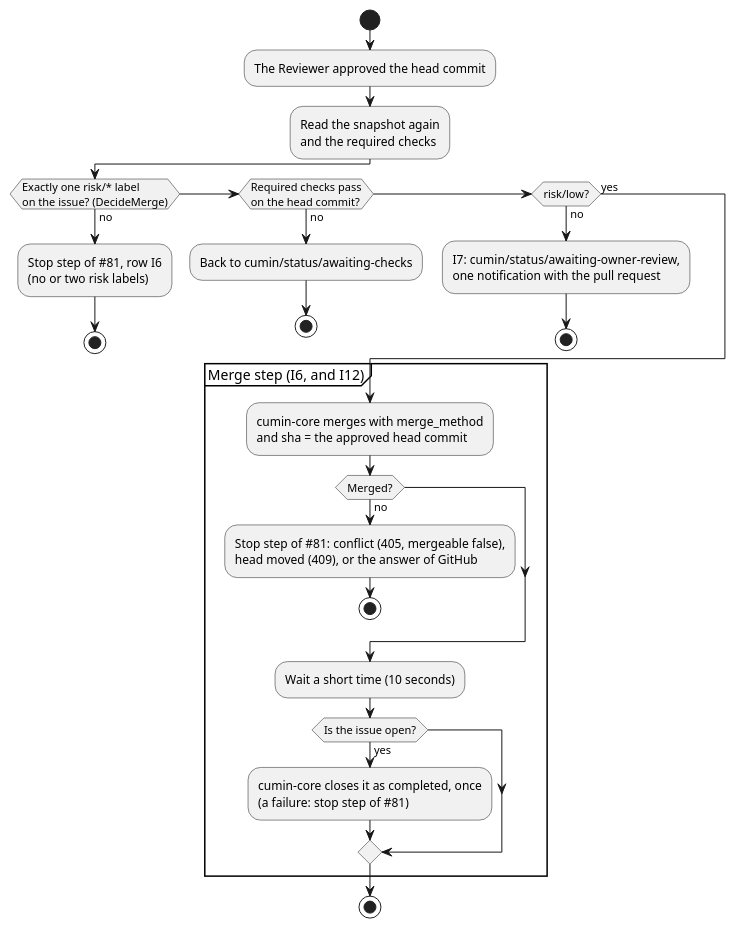
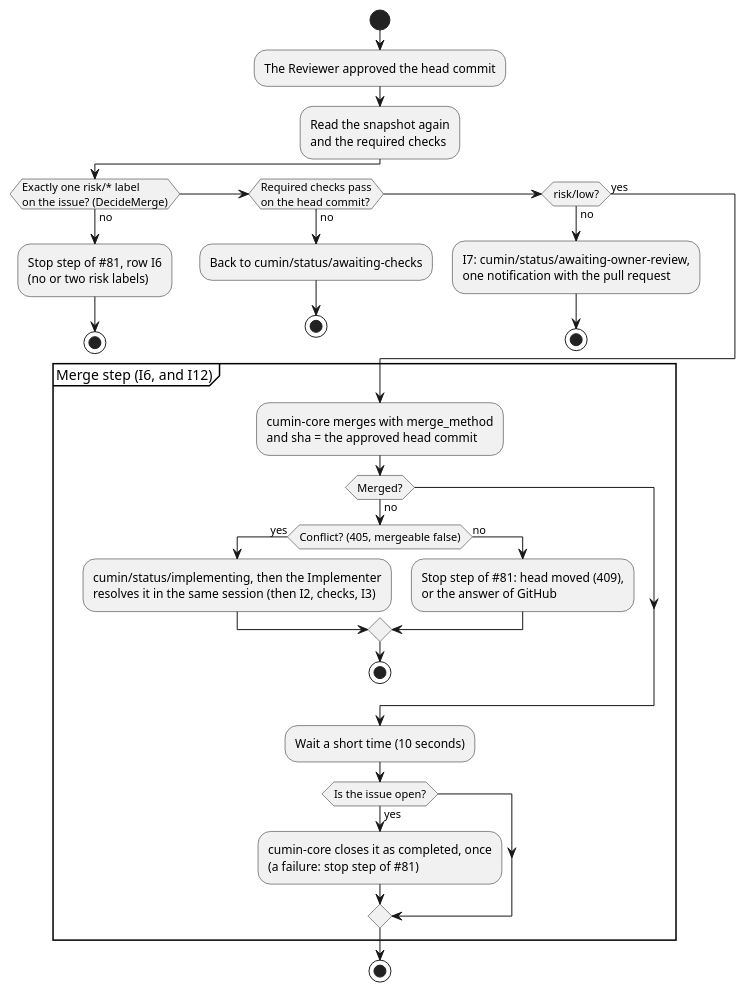
One commit to cloveclovedev/cumin-works changed the diagram in docs/ja/designs/poll-merge.puml. Above: the diagram before and after it, drawn with PlantUML. The commit also changed 10 other files, not shown here.

First line of the commit message:
feat(workflow): ask the Implementer to resolve a merge conflict in the same session (I6) (#299)

```diff
--- a/docs/ja/designs/poll-merge.puml
+++ b/docs/ja/designs/poll-merge.puml
@@ -1,42 +1,47 @@
 @startuml poll-merge
 ' cumin works - the approved pull request (I6, I7) and the merge step that I12 reuses.
 ' Document: poll.md, section on the merge step.
 ' Render: run scripts/render-diagrams.sh at the root of the repository.
 skinparam shadowing false
 skinparam defaultFontName sans-serif
 
 start
 :The Reviewer approved the head commit;
 :Read the snapshot again
 and the required checks;
 if (Exactly one risk/* label
 on the issue? (DecideMerge)) then (no)
   :Stop step of #81, row I6
   (no or two risk labels);
   stop
 elseif (Required checks pass
 on the head commit?) then (no)
   :Back to cumin/status/awaiting-checks;
   stop
 elseif (risk/low?) then (no)
   :I7: cumin/status/awaiting-owner-review,
   one notification with the pull request;
   stop
 else (yes)
 endif
 partition "Merge step (I6, and I12)" {
   :cumin-core merges with merge_method
   and sha = the approved head commit;
   if (Merged?) then (no)
-    :Stop step of #81: conflict (405, mergeable false),
-    head moved (409), or the answer of GitHub;
+    if (Conflict? (405, mergeable false)) then (yes)
+      :cumin/status/implementing, then the Implementer
+      resolves it in the same session (then I2, checks, I3);
+    else (no)
+      :Stop step of #81: head moved (409),
+      or the answer of GitHub;
+    endif
     stop
   endif
   :Wait a short time (10 seconds);
   if (Is the issue open?) then (yes)
     :cumin-core closes it as completed, once
     (a failure: stop step of #81);
   endif
 }
 stop
 @enduml
```
